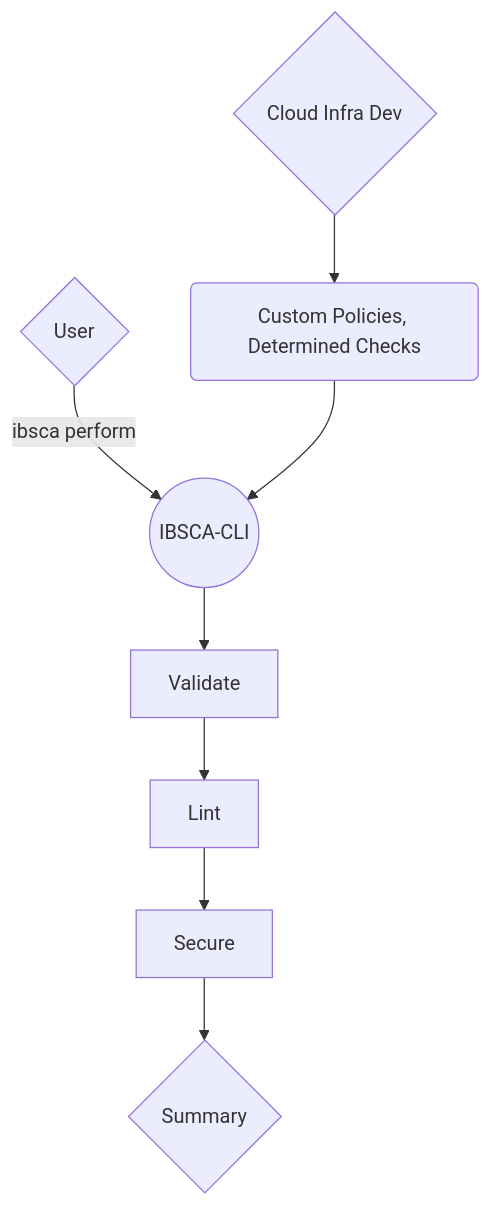
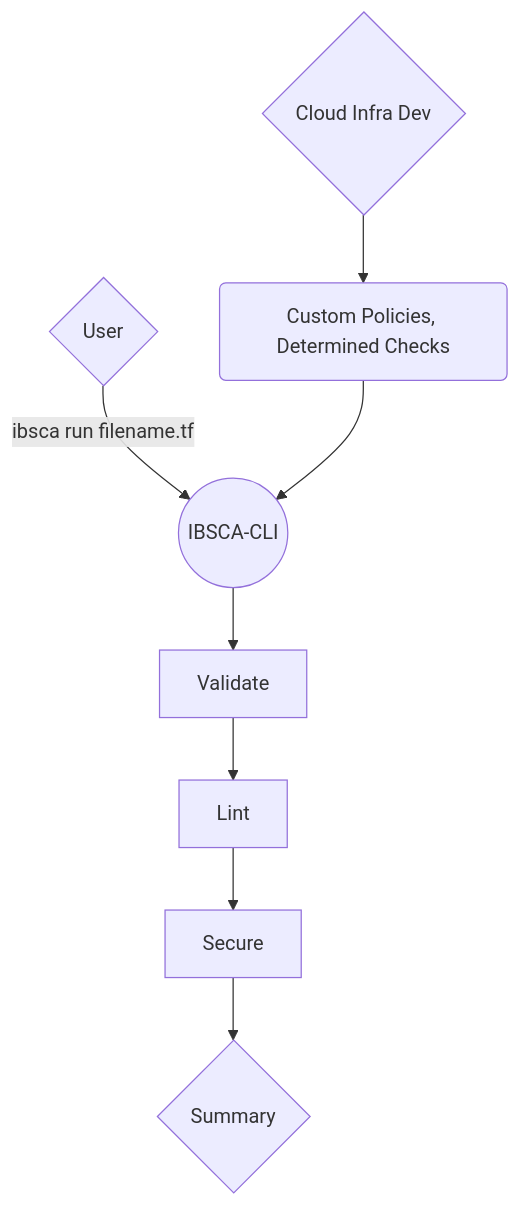
One commit to Howl1935/ibsca-cli changed the diagram in README.md. Above: the diagram before and after it, drawn with Mermaid. The commit also changed other lines of this file and 1 other file, not shown here.

````diff
--- a/README.md
+++ b/README.md
@@ -22,13 +23,13 @@
 ```mermaid
 graph TB
-F{User} -- ibsca perform --> D
+F{User} -- ibsca run filename.tf --> D
 H{Cloud Infra Dev} --> E
 E(Custom Policies, Determined Checks) -->D
 D((IBSCA-CLI)) --> A[Validate]
 A --> B[Lint]
 B--> C[Secure]
 C --> G{Summary}
 
 
 
 ```
````
